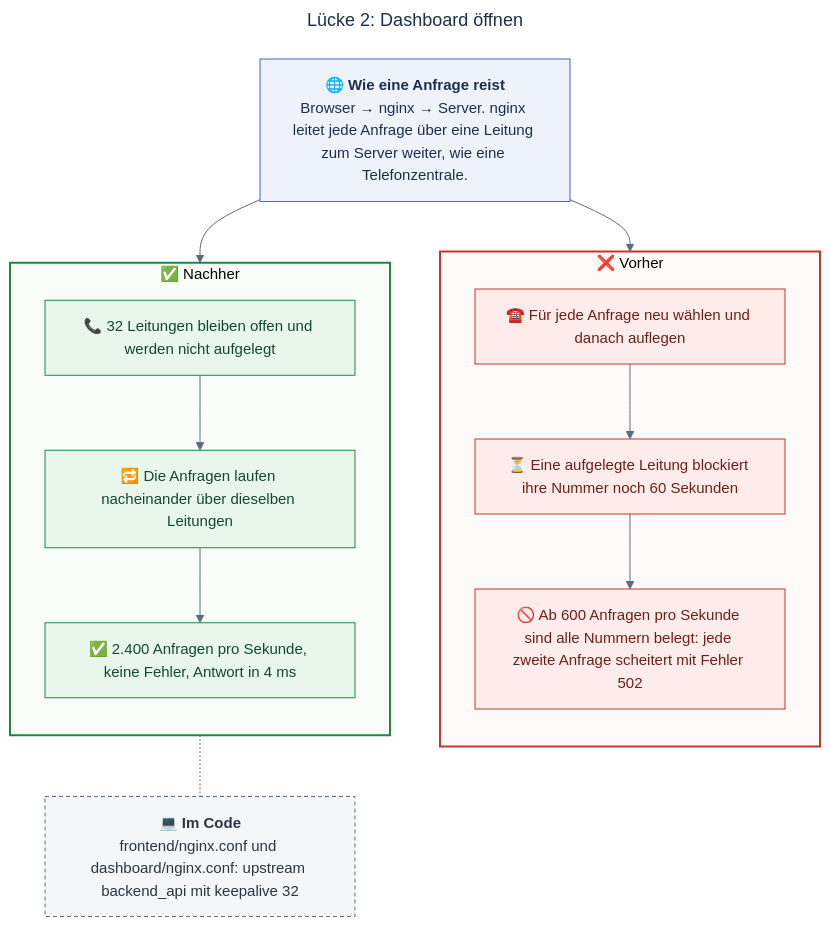
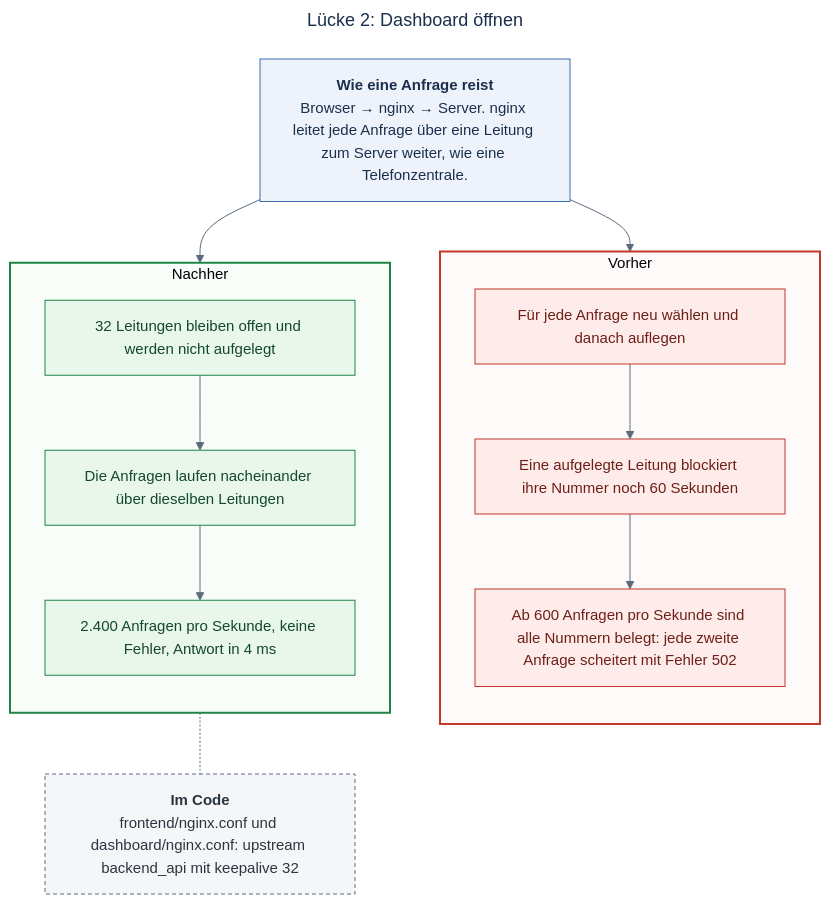
The fourth of 5 diagrams in load-test/RESULTS.md (kamalshekho/design-thinking-workshop), drawn with Mermaid before and after one commit. The commit also changed other lines of this file, not shown here.

Commit message:
docs(load-test): drop the icons from the diagrams

````diff
--- a/load-test/RESULTS.md
+++ b/load-test/RESULTS.md
@@ -230,44 +230,44 @@
 ```mermaid
 ---
 title: "Lücke 2: Dashboard öffnen"
 config:
   theme: base
   themeVariables:
     fontSize: "15px"
     primaryColor: "#eef3fb"
     primaryBorderColor: "#3b6db3"
     primaryTextColor: "#1b2f4d"
     lineColor: "#5b6b7c"
     edgeLabelBackground: "#ffffff"
     clusterBkg: "#ffffff"
   flowchart:
     wrappingWidth: 250
     curve: basis
 ---
 flowchart TB
     %% Why the check exists, what went wrong, what changed, where it lives.
-    why["🌐 <b>Wie eine Anfrage reist</b><br/>Browser → nginx → Server. nginx leitet jede Anfrage über eine Leitung zum Server weiter, wie eine Telefonzentrale."]
-    subgraph before["❌ Vorher"]
+    why["<b>Wie eine Anfrage reist</b><br/>Browser → nginx → Server. nginx leitet jede Anfrage über eine Leitung zum Server weiter, wie eine Telefonzentrale."]
+    subgraph before["Vorher"]
         direction TB
-        b1["☎️ Für jede Anfrage neu wählen und danach auflegen"] --> b2["⏳ Eine aufgelegte Leitung blockiert ihre Nummer noch 60 Sekunden"] --> b3["🚫 Ab 600 Anfragen pro Sekunde sind alle Nummern belegt: jede zweite Anfrage scheitert mit Fehler 502"]
+        b1["Für jede Anfrage neu wählen und danach auflegen"] --> b2["Eine aufgelegte Leitung blockiert ihre Nummer noch 60 Sekunden"] --> b3["Ab 600 Anfragen pro Sekunde sind alle Nummern belegt: jede zweite Anfrage scheitert mit Fehler 502"]
     end
-    subgraph after["✅ Nachher"]
+    subgraph after["Nachher"]
         direction TB
-        a1["📞 32 Leitungen bleiben offen und werden nicht aufgelegt"] --> a2["🔁 Die Anfragen laufen nacheinander über dieselben Leitungen"] --> a3["✅ 2.400 Anfragen pro Sekunde, keine Fehler, Antwort in 4 ms"]
+        a1["32 Leitungen bleiben offen und werden nicht aufgelegt"] --> a2["Die Anfragen laufen nacheinander über dieselben Leitungen"] --> a3["2.400 Anfragen pro Sekunde, keine Fehler, Antwort in 4 ms"]
     end
-    code["💻 <b>Im Code</b><br/>frontend/nginx.conf und dashboard/nginx.conf: upstream backend_api mit keepalive 32"]
+    code["<b>Im Code</b><br/>frontend/nginx.conf und dashboard/nginx.conf: upstream backend_api mit keepalive 32"]
     why --> before
     why --> after
     after -.- code
 
     classDef why fill:#eef3fb,stroke:#3b6db3,color:#1b2f4d
     classDef bad fill:#fdecea,stroke:#c0392b,color:#6e1f17
     classDef good fill:#e8f6ec,stroke:#1e8449,color:#14482a
     classDef code fill:#f4f6f8,stroke:#5b6b7c,color:#2b3540,stroke-dasharray:4 3
     class why why
     class b1,b2,b3 bad
     class a1,a2,a3 good
     class code code
     style before fill:#fffafa,stroke:#c0392b,stroke-width:2px
     style after fill:#f8fdf9,stroke:#1e8449,stroke-width:2px
 ```
````
